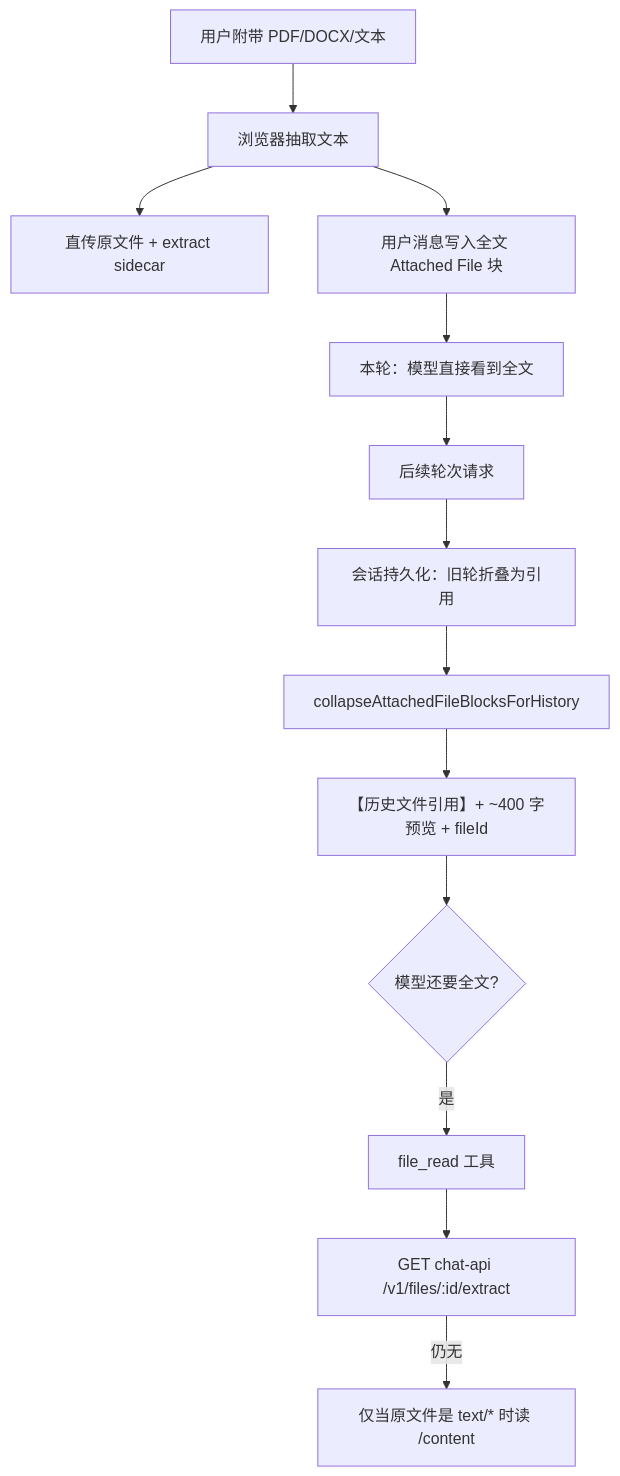
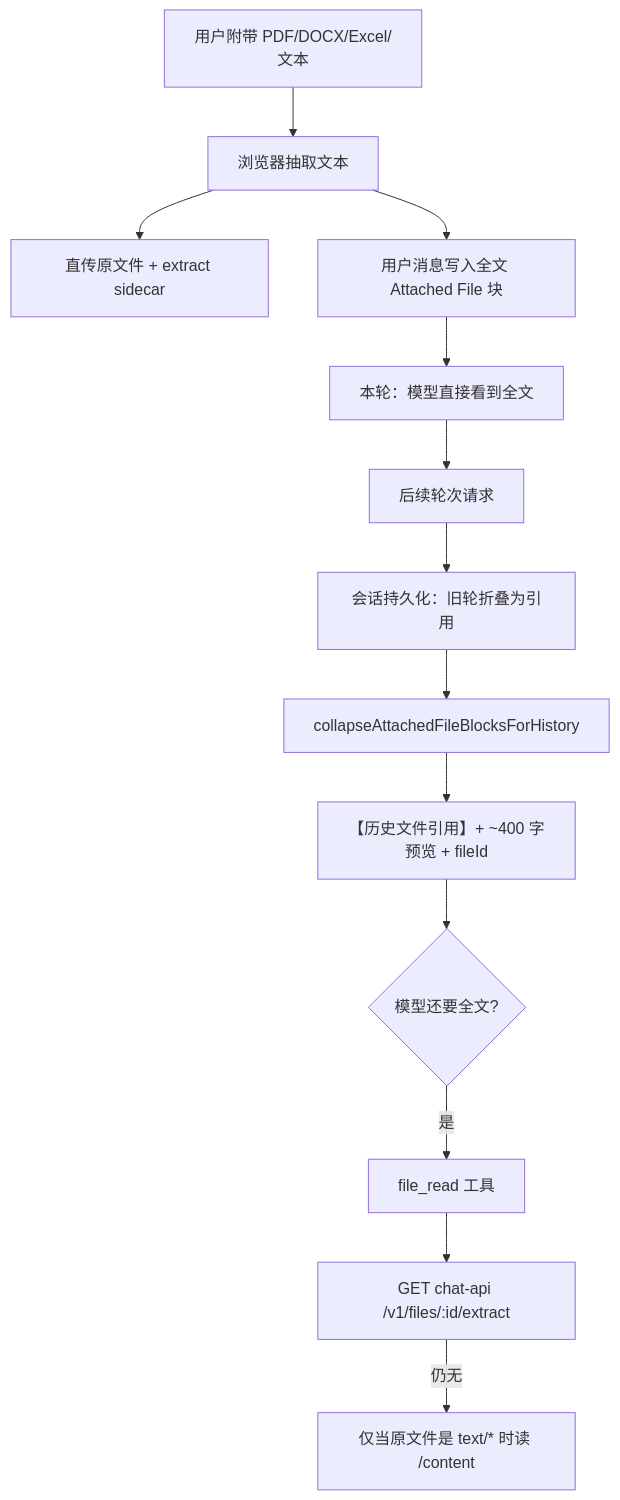
Before and after one commit to counterfactual5/chat-llm-christmas: the third of 3 diagrams in docs/images-and-files.md, drawn with Mermaid. The commit also changed other lines of this file and 12 other files, not shown here.

First line of the commit message:
feat(files): extract Excel workbooks on upload like DOCX

````diff
--- a/docs/images-and-files.md
+++ b/docs/images-and-files.md
@@ -78,15 +78,15 @@
 ```mermaid
 flowchart TD
-  A[用户附带 PDF/DOCX/文本] --> E[浏览器抽取文本]
+  A[用户附带 PDF/DOCX/Excel/文本] --> E[浏览器抽取文本]
   E --> Up[直传原文件 + extract sidecar]
   E --> Msg[用户消息写入全文 Attached File 块]
   Msg --> Turn1[本轮：模型直接看到全文]
   Turn1 --> Later[后续轮次请求]
   Later --> Persist[会话持久化：旧轮折叠为引用]
   Persist --> Coll[collapseAttachedFileBlocksForHistory]
   Coll --> Ref[【历史文件引用】+ ~400 字预览 + fileId]
   Ref --> Need{模型还要全文?}
   Need -->|是| FR[file_read 工具]
   FR --> Sidecar[GET chat-api /v1/files/:id/extract]
   Sidecar -->|仍无| TextOnly[仅当原文件是 text/* 时读 /content]
 ```
````
